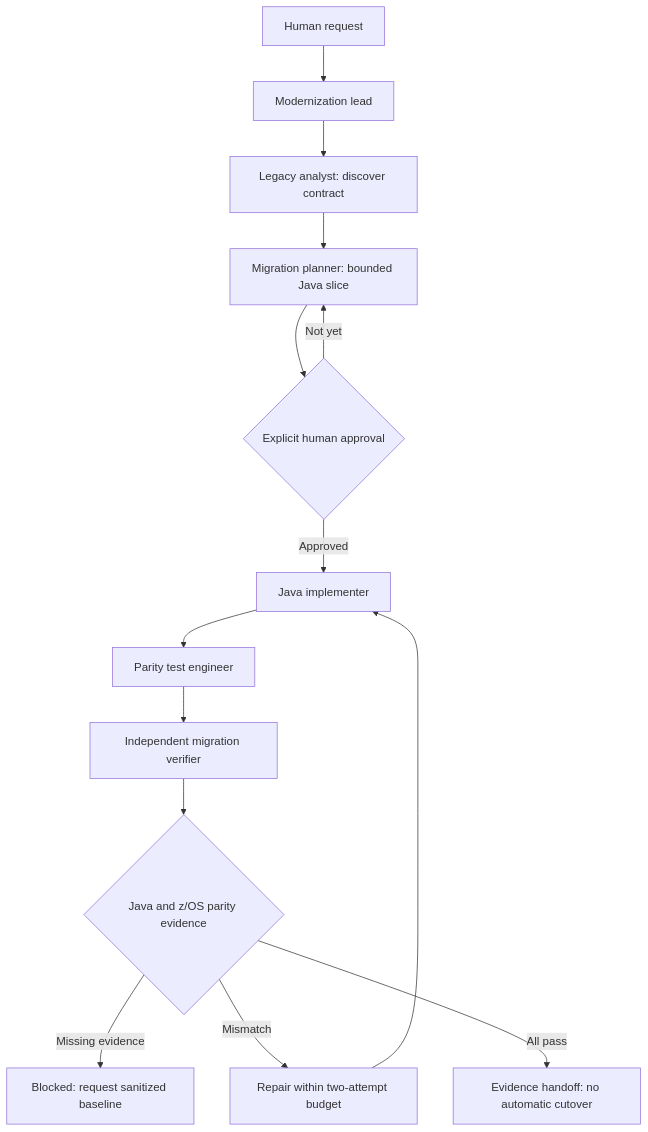
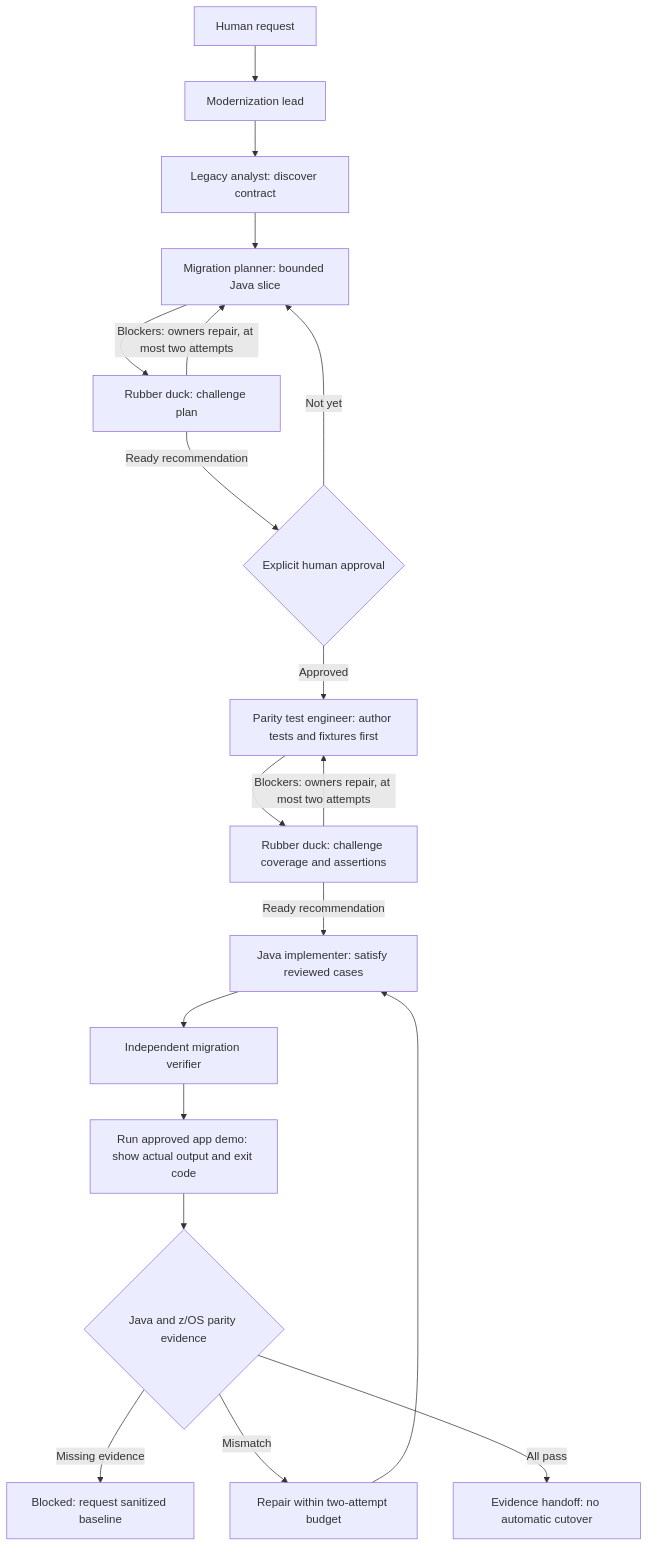
One commit to comeredon/Cobol-Projects changed the diagram in docs/modernization/README.md. Above: the diagram before and after it, drawn with Mermaid. The commit also changed other lines of this file and 21 other files, not shown here.

First line of the commit message:
Refine test-first modernization workflow and include COBOL updates

````diff
--- a/docs/modernization/README.md
+++ b/docs/modernization/README.md
@@ -42,16 +42,21 @@
 ```mermaid
 flowchart TD
     U[Human request] --> L[Modernization lead]
     L --> A[Legacy analyst: discover contract]
     A --> P[Migration planner: bounded Java slice]
-    P --> H{Explicit human approval}
+    P --> D[Rubber duck: challenge plan]
+    D -->|Blockers: owners repair, at most two attempts| P
+    D -->|Ready recommendation| H{Explicit human approval}
     H -->|Not yet| P
-    H -->|Approved| I[Java implementer]
-    I --> T[Parity test engineer]
-    T --> V[Independent migration verifier]
-    V --> G{Java and z/OS parity evidence}
+    H -->|Approved| T[Parity test engineer: author tests and fixtures first]
+    T --> C[Rubber duck: challenge coverage and assertions]
+    C -->|Blockers: owners repair, at most two attempts| T
+    C -->|Ready recommendation| I[Java implementer: satisfy reviewed cases]
+    I --> V[Independent migration verifier]
+    V --> O[Run approved app demo: show actual output and exit code]
+    O --> G{Java and z/OS parity evidence}
     G -->|Missing evidence| B[Blocked: request sanitized baseline]
     G -->|Mismatch| R[Repair within two-attempt budget]
     R --> I
-    G -->|All pass| D[Evidence handoff: no automatic cutover]
+    G -->|All pass| E[Evidence handoff: no automatic cutover]
 ```
````
